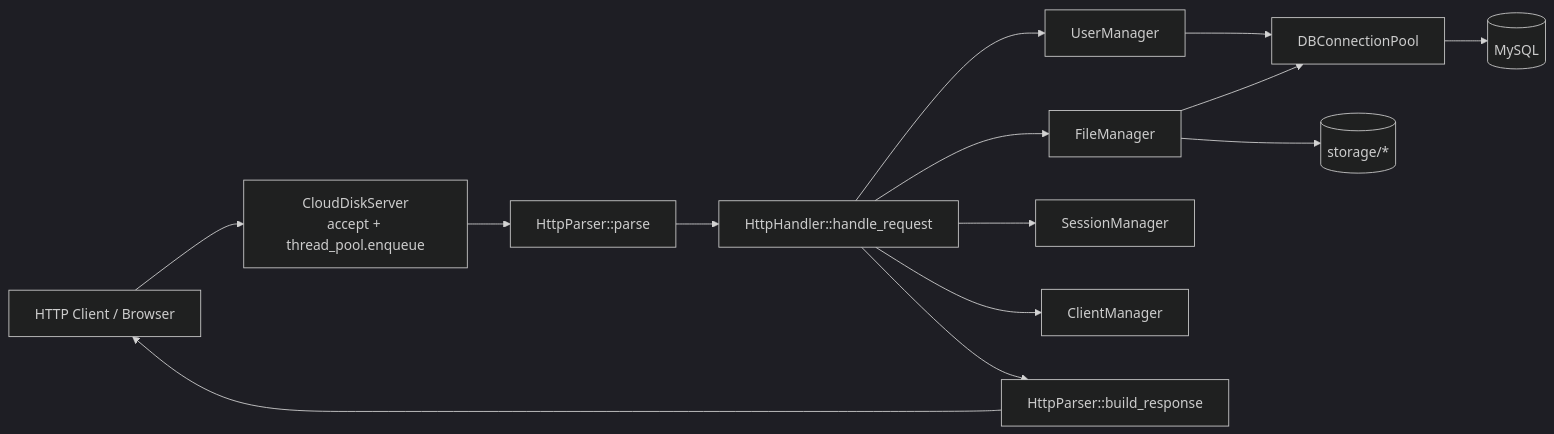
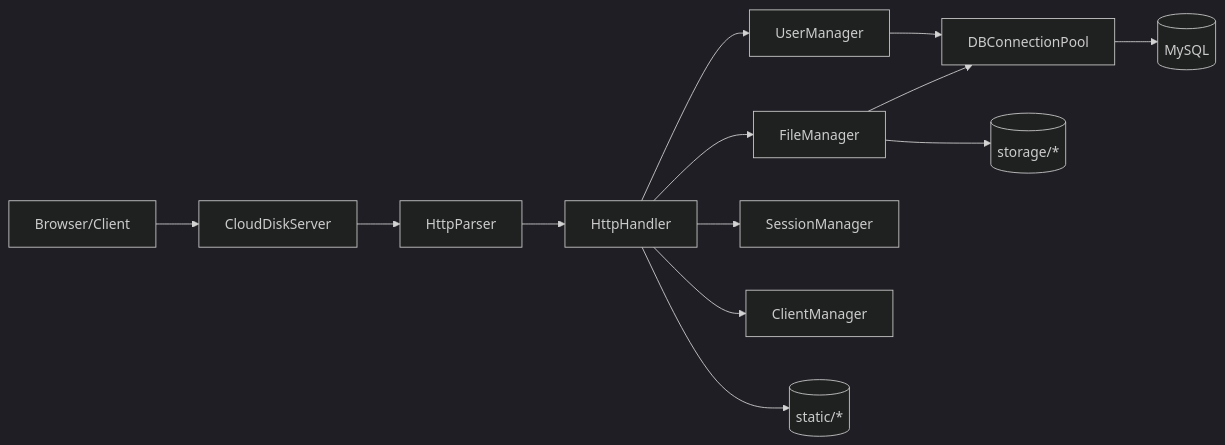
The diagram in PROJECT_TECH_DOC.md (tjf-github/graduate), drawn with Mermaid (dark theme) before and after one commit. The commit also changed other lines of this file and 2 other files, not shown here.

````diff
--- a/PROJECT_TECH_DOC.md
+++ b/PROJECT_TECH_DOC.md
@@ -32,16 +35,15 @@
 ```mermaid
 flowchart LR
-  C[HTTP Client / Browser] --> S[CloudDiskServer\naccept + thread_pool.enqueue]
-  S --> HP[HttpParser::parse]
-  HP --> HH[HttpHandler::handle_request]
+  C[Browser/Client] --> S[CloudDiskServer]
+  S --> HP[HttpParser]
+  HP --> HH[HttpHandler]
   HH --> UM[UserManager]
   HH --> FM[FileManager]
   HH --> SM[SessionManager]
   HH --> CM[ClientManager]
   UM --> DBP[DBConnectionPool]
   FM --> DBP
   DBP --> DB[(MySQL)]
   FM --> FS[(storage/*)]
-  HH --> RESP[HttpParser::build_response]
-  RESP --> C
+  HH --> ST[(static/*)]
 ```
````
